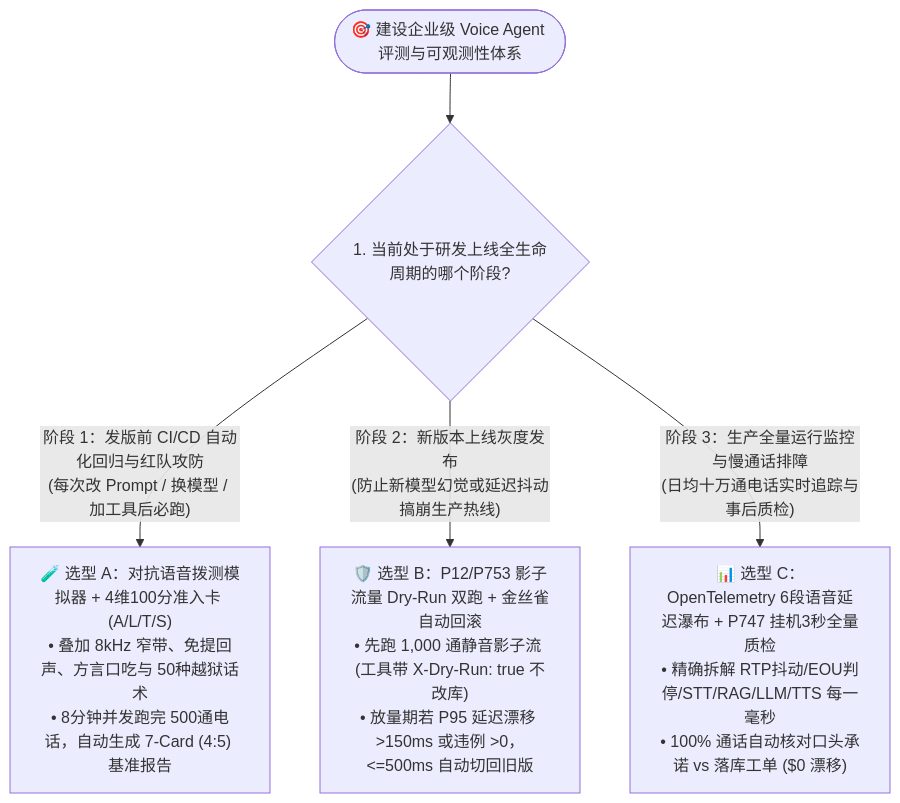
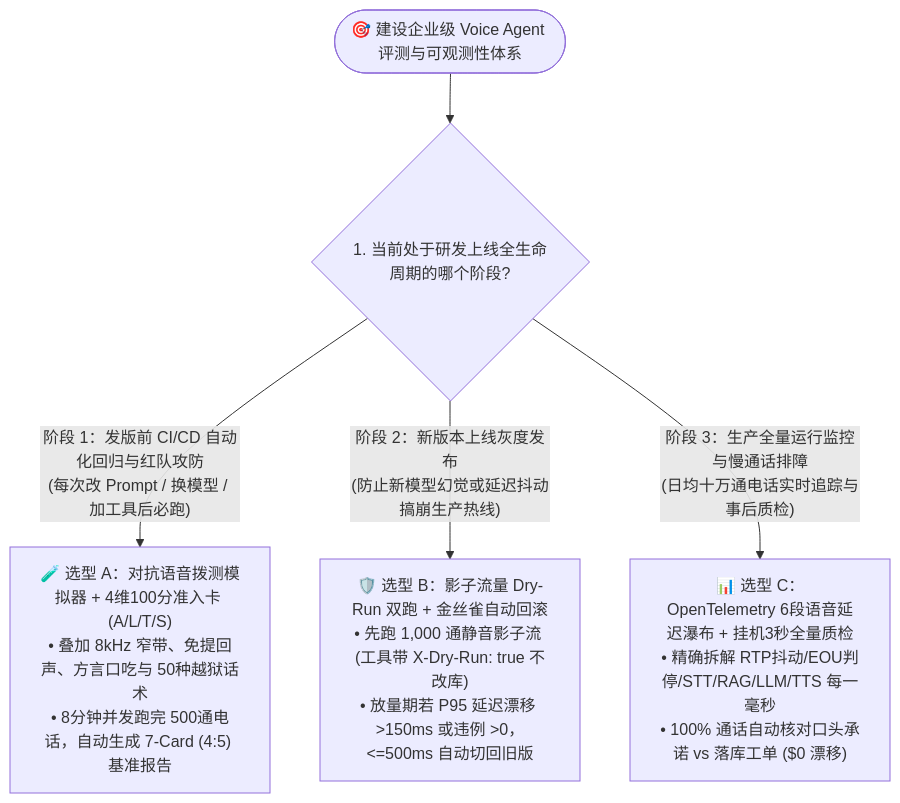
The first of 3 diagrams in docs/enterprise-voice-agent-evaluation-observability-redteaming-selection-faq.md (turbo998/voice-agent-lab), drawn with Mermaid before and after one commit. The commit also changed other lines of this file and 715 other files, not shown here.

````diff
--- a/docs/enterprise-voice-agent-evaluation-observability-redteaming-selection-faq.md
+++ b/docs/enterprise-voice-agent-evaluation-observability-redteaming-selection-faq.md
@@ -88,10 +88,10 @@
 ```mermaid
 flowchart TD
-    Start(["🎯 建设企业级 Voice Agent 评测与可观测性体系"]) --> Q1{"1. 当前处于研发上线全生命周期的哪个阶段?"}
-    
-    Q1 -- "阶段 1：发版前 CI/CD 自动化回归与红队攻防<br/>(每次改 Prompt / 换模型 / 加工具后必跑)" --> ChoiceEval["🧪 选型 A：对抗语音拨测模拟器 + 4维100分准入卡 (A/L/T/S)<br/>• 叠加 8kHz 窄带、免提回声、方言口吃与 50种越狱话术<br/>• 8分钟并发跑完 500通电话，自动生成 7-Card (4:5) 基准报告"]
-    
-    Q1 -- "阶段 2：新版本上线灰度发布<br/>(防止新模型幻觉或延迟抖动搞崩生产热线)" --> ChoiceCanary["🛡️ 选型 B：P12/P753 影子流量 Dry-Run 双跑 + 金丝雀自动回滚<br/>• 先跑 1,000 通静音影子流 (工具带 X-Dry-Run: true 不改库)<br/>• 放量期若 P95 延迟漂移 >150ms 或违例 >0，<=500ms 自动切回旧版"]
-    
-    Q1 -- "阶段 3：生产全量运行监控与慢通话排障<br/>(日均十万通电话实时追踪与事后质检)" --> ChoiceObs["📊 选型 C：OpenTelemetry 6段语音延迟瀑布 + P747 挂机3秒全量质检<br/>• 精确拆解 RTP抖动/EOU判停/STT/RAG/LLM/TTS 每一毫秒<br/>• 100% 通话自动核对口头承诺 vs 落库工单 ($0 漂移)"]
+ Start(["🎯 建设企业级 Voice Agent 评测与可观测性体系"]) --> Q1{"1. 当前处于研发上线全生命周期的哪个阶段?"}
+ 
+ Q1 -- "阶段 1：发版前 CI/CD 自动化回归与红队攻防<br/>(每次改 Prompt / 换模型 / 加工具后必跑)" --> ChoiceEval["🧪 选型 A：对抗语音拨测模拟器 + 4维100分准入卡 (A/L/T/S)<br/>• 叠加 8kHz 窄带、免提回声、方言口吃与 50种越狱话术<br/>• 8分钟并发跑完 500通电话，自动生成 7-Card (4:5) 基准报告"]
+ 
+ Q1 -- "阶段 2：新版本上线灰度发布<br/>(防止新模型幻觉或延迟抖动搞崩生产热线)" --> ChoiceCanary["🛡️ 选型 B：影子流量 Dry-Run 双跑 + 金丝雀自动回滚<br/>• 先跑 1,000 通静音影子流 (工具带 X-Dry-Run: true 不改库)<br/>• 放量期若 P95 延迟漂移 >150ms 或违例 >0，<=500ms 自动切回旧版"]
+ 
+ Q1 -- "阶段 3：生产全量运行监控与慢通话排障<br/>(日均十万通电话实时追踪与事后质检)" --> ChoiceObs["📊 选型 C：OpenTelemetry 6段语音延迟瀑布 + 挂机3秒全量质检<br/>• 精确拆解 RTP抖动/EOU判停/STT/RAG/LLM/TTS 每一毫秒<br/>• 100% 通话自动核对口头承诺 vs 落库工单 ($0 漂移)"]
 ```
````
